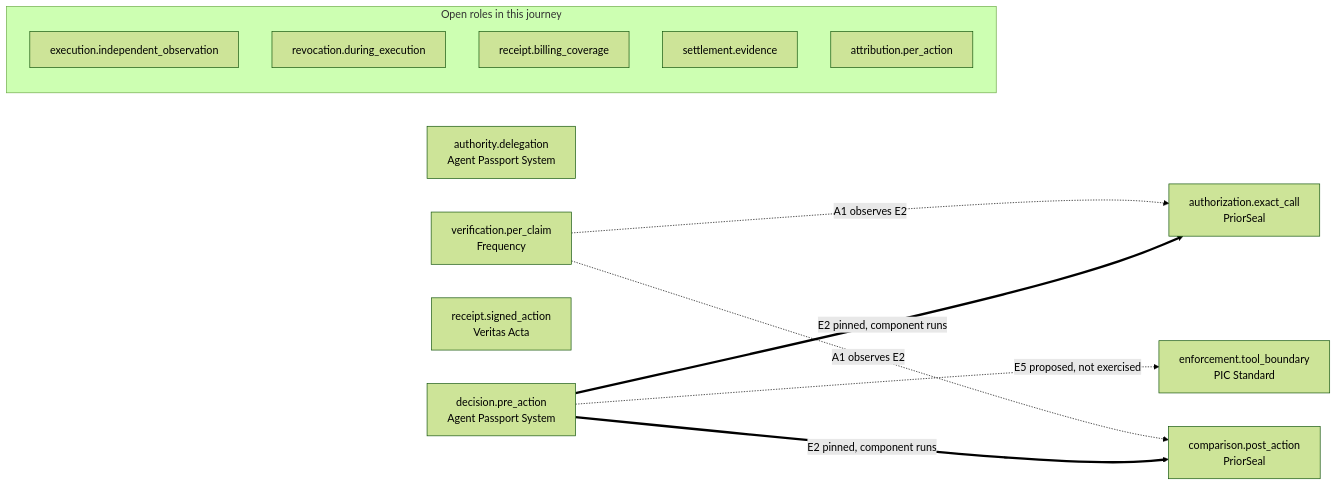
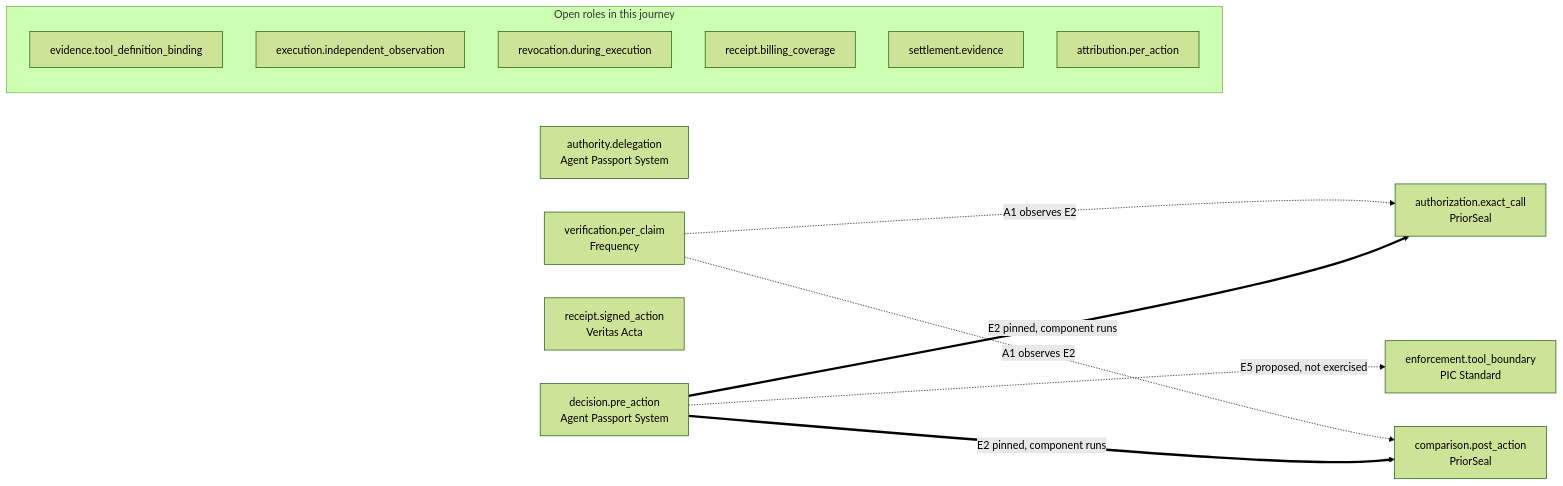
Before and after one commit to aeoess/agent-governance-vocabulary: the diagram in docs/generated/systems-map.md, drawn with Mermaid (forest theme). The commit also changed other lines of this file and 2 other files, not shown here.

Commit message:
map: add evidence.tool_definition_binding, proposed by kenneives on #186
The role sits before enforcement.tool_boundary in the journey, which consumes
its output as evidence. Listed as unrepresented until the AgentAvow project
record lands through the process in #185.

````diff
--- a/docs/generated/systems-map.md
+++ b/docs/generated/systems-map.md
@@ -10,22 +10,23 @@
 ```mermaid
 flowchart LR
   aps__authority_delegation["authority.delegation<br/>Agent Passport System"]
   aps__decision_pre_action["decision.pre_action<br/>Agent Passport System"]
   priorseal__authorization_exact_call["authorization.exact_call<br/>PriorSeal"]
   pic__enforcement_tool_boundary["enforcement.tool_boundary<br/>PIC Standard"]
   priorseal__comparison_post_action["comparison.post_action<br/>PriorSeal"]
   veritas_acta__receipt_signed_action["receipt.signed_action<br/>Veritas Acta"]
   frequency__verification_per_claim["verification.per_claim<br/>Frequency"]
   subgraph OPEN["Open roles in this journey"]
-    open0["execution.independent_observation"]
-    open1["revocation.during_execution"]
-    open2["receipt.billing_coverage"]
-    open3["settlement.evidence"]
-    open4["attribution.per_action"]
+    open0["evidence.tool_definition_binding"]
+    open1["execution.independent_observation"]
+    open2["revocation.during_execution"]
+    open3["receipt.billing_coverage"]
+    open4["settlement.evidence"]
+    open5["attribution.per_action"]
   end
   aps__decision_pre_action ==>|"E2 pinned, component runs"| priorseal__authorization_exact_call
   aps__decision_pre_action ==>|"E2 pinned, component runs"| priorseal__comparison_post_action
   aps__decision_pre_action -.->|"E5 proposed, not exercised"| pic__enforcement_tool_boundary
   frequency__verification_per_claim -.->|"A1 observes E2"| priorseal__authorization_exact_call
   frequency__verification_per_claim -.->|"A1 observes E2"| priorseal__comparison_post_action
 ```
````
